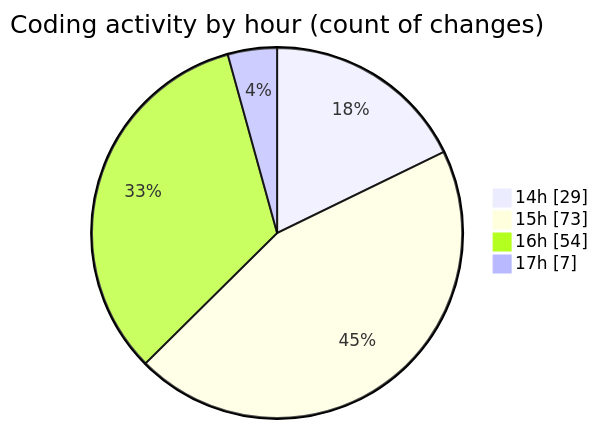
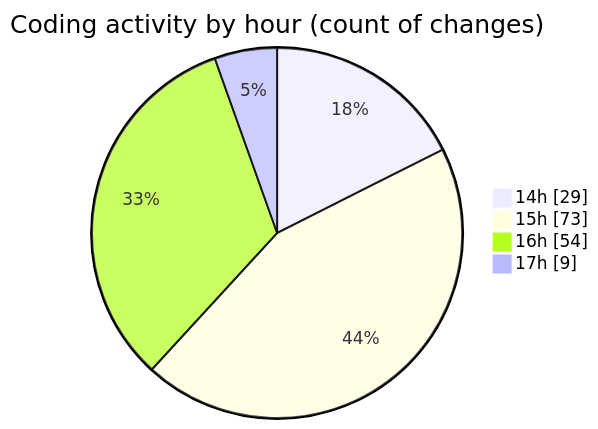
Before and after one commit to CELIANVF/code-tracking: the second of 2 diagrams in 2025-06-05/ecodeli-1/README.md, drawn with Mermaid. The commit also changed other lines of this file and 1 other file, not shown here.

````diff
--- a/2025-06-05/ecodeli-1/README.md
+++ b/2025-06-05/ecodeli-1/README.md
@@ -84,8 +84,8 @@
 ```mermaid
 pie showData
 title Coding activity by hour (count of changes)
 "14h" : 29
 "15h" : 73
 "16h" : 54
-"17h" : 7
+"17h" : 9
 ```
````
